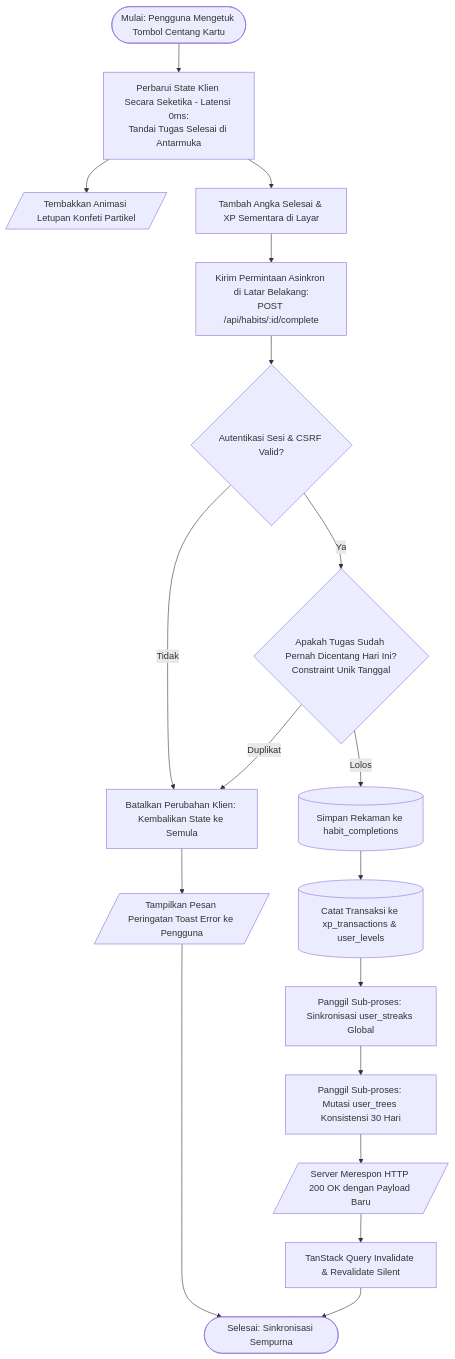
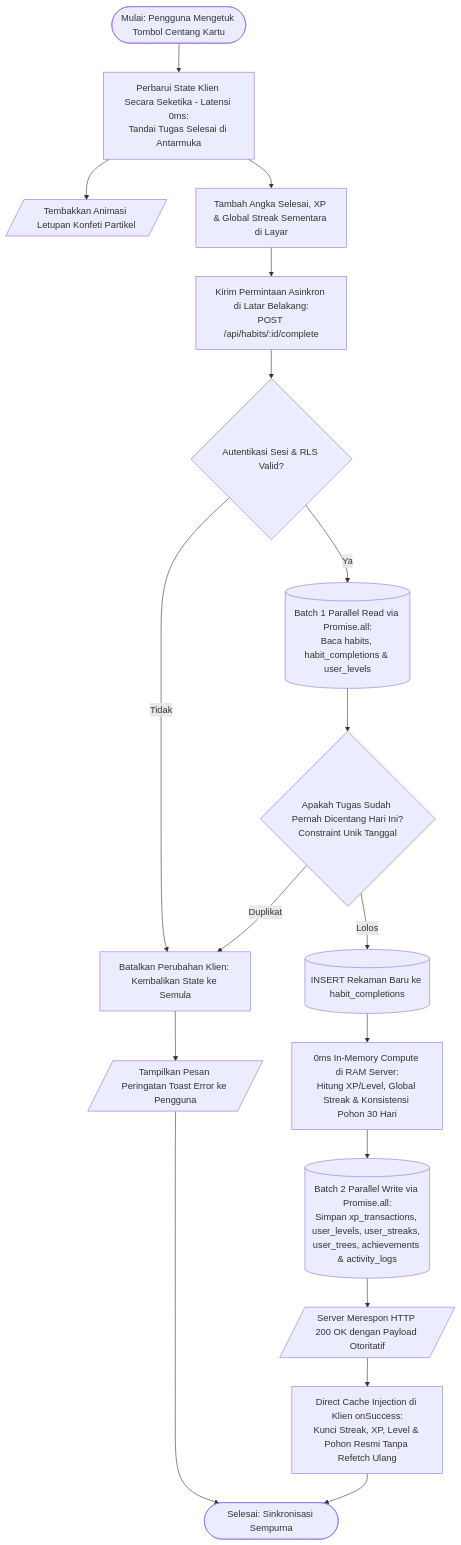
Before and after one commit to Vincentaa7/HabitGrow: the eighth of 15 diagrams in PROJECT_DOCUMENTATION.md, drawn with Mermaid. The commit also changed other lines of this file and 2 other files, not shown here.

````diff
--- a/PROJECT_DOCUMENTATION.md
+++ b/PROJECT_DOCUMENTATION.md
@@ -645,26 +646,26 @@
 ```mermaid
 flowchart TD
     Start([Mulai: Pengguna Mengetuk Tombol Centang Kartu]) --> OptimisticLocal[Perbarui State Klien Secara Seketika - Latensi 0ms:<br/>Tandai Tugas Selesai di Antarmuka]
     OptimisticLocal --> TriggerConfetti[/Tembakkan Animasi Letupan Konfeti Partikel/]
-    OptimisticLocal --> OptimisticCounter[Tambah Angka Selesai & XP Sementara di Layar]
+    OptimisticLocal --> OptimisticCounter[Tambah Angka Selesai, XP & Global Streak Sementara di Layar]
     
     OptimisticCounter --> AsyncCall[Kirim Permintaan Asinkron di Latar Belakang:<br/>POST /api/habits/:id/complete]
-    AsyncCall --> ValidateAuth{Autentikasi Sesi & CSRF Valid?}
+    AsyncCall --> ValidateAuth{Autentikasi Sesi & RLS Valid?}
     
     ValidateAuth -- Tidak --> TriggerRollback[Batalkan Perubahan Klien: Kembalikan State ke Semula]
-    ValidateAuth -- Ya --> CheckUniqueDate{Apakah Tugas Sudah Pernah Dicentang Hari Ini?<br/>Constraint Unik Tanggal}
+    ValidateAuth -- Ya --> Batch1Read[(Batch 1 Parallel Read via Promise.all:<br/>Baca habits, habit_completions & user_levels)]
     
+    Batch1Read --> CheckUniqueDate{Apakah Tugas Sudah Pernah Dicentang Hari Ini?<br/>Constraint Unik Tanggal}
     CheckUniqueDate -- Duplikat --> TriggerRollback
-    CheckUniqueDate -- Lolos --> CommitDB[(Simpan Rekaman ke habit_completions)]
+    CheckUniqueDate -- Lolos --> CommitDB[(INSERT Rekaman Baru ke habit_completions)]
     
-    CommitDB --> RecordXP[(Catat Transaksi ke xp_transactions & user_levels)]
-    RecordXP --> UpdateStreakSub[Panggil Sub-proses: Sinkronisasi user_streaks Global]
-    UpdateStreakSub --> UpdateTreeSub[Panggil Sub-proses: Mutasi user_trees Konsistensi 30 Hari]
+    CommitDB --> InMemoryCalc[0ms In-Memory Compute di RAM Server:<br/>Hitung XP/Level, Global Streak & Konsistensi Pohon 30 Hari]
+    InMemoryCalc --> Batch2Write[(Batch 2 Parallel Write via Promise.all:<br/>Simpan xp_transactions, user_levels, user_streaks, user_trees, achievements & activity_logs)]
     
-    UpdateTreeSub --> ServerOK[/Server Merespon HTTP 200 OK dengan Payload Baru/]
-    ServerOK --> InvalidateQuery[TanStack Query Invalidate & Revalidate Silent]
-    InvalidateQuery --> End([Selesai: Sinkronisasi Sempurna])
+    Batch2Write --> ServerOK[/Server Merespon HTTP 200 OK dengan Payload Otoritatif/]
+    ServerOK --> DirectInject[Direct Cache Injection di Klien onSuccess:<br/>Kunci Streak, XP, Level & Pohon Resmi Tanpa Refetch Ulang]
+    DirectInject --> End([Selesai: Sinkronisasi Sempurna])
 
     TriggerRollback --> ShowToast[/Tampilkan Pesan Peringatan Toast Error ke Pengguna/]
     ShowToast --> End
 ```
````
